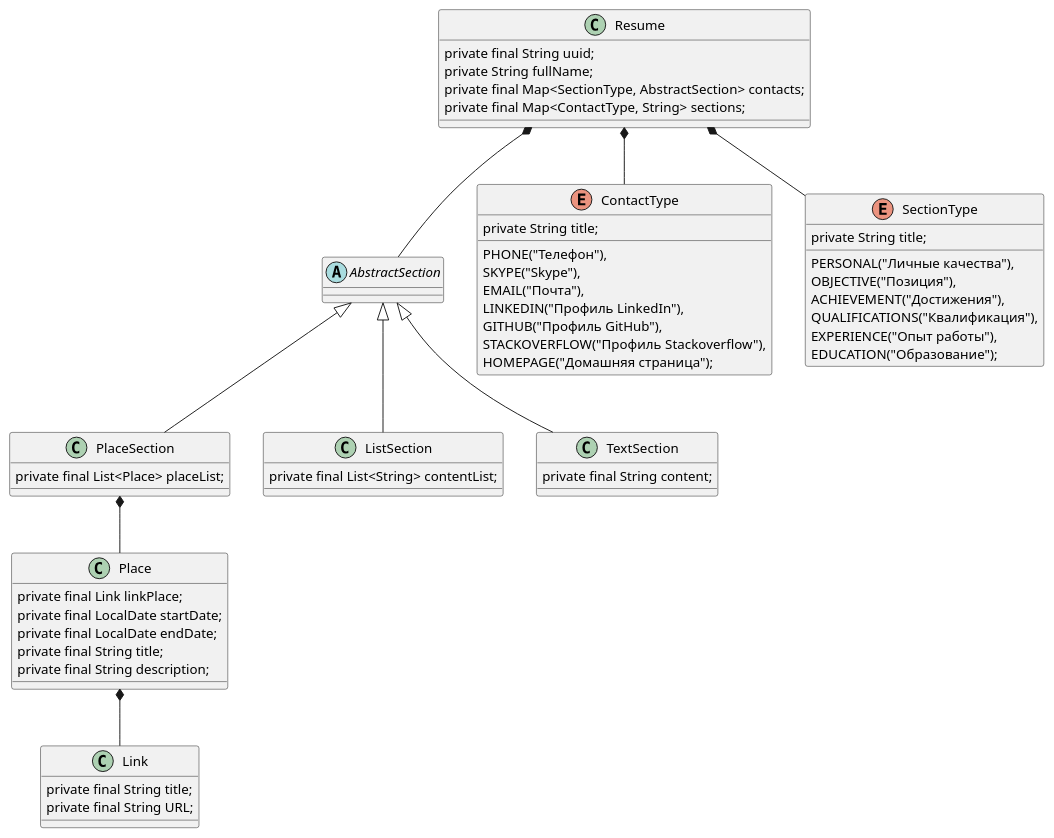
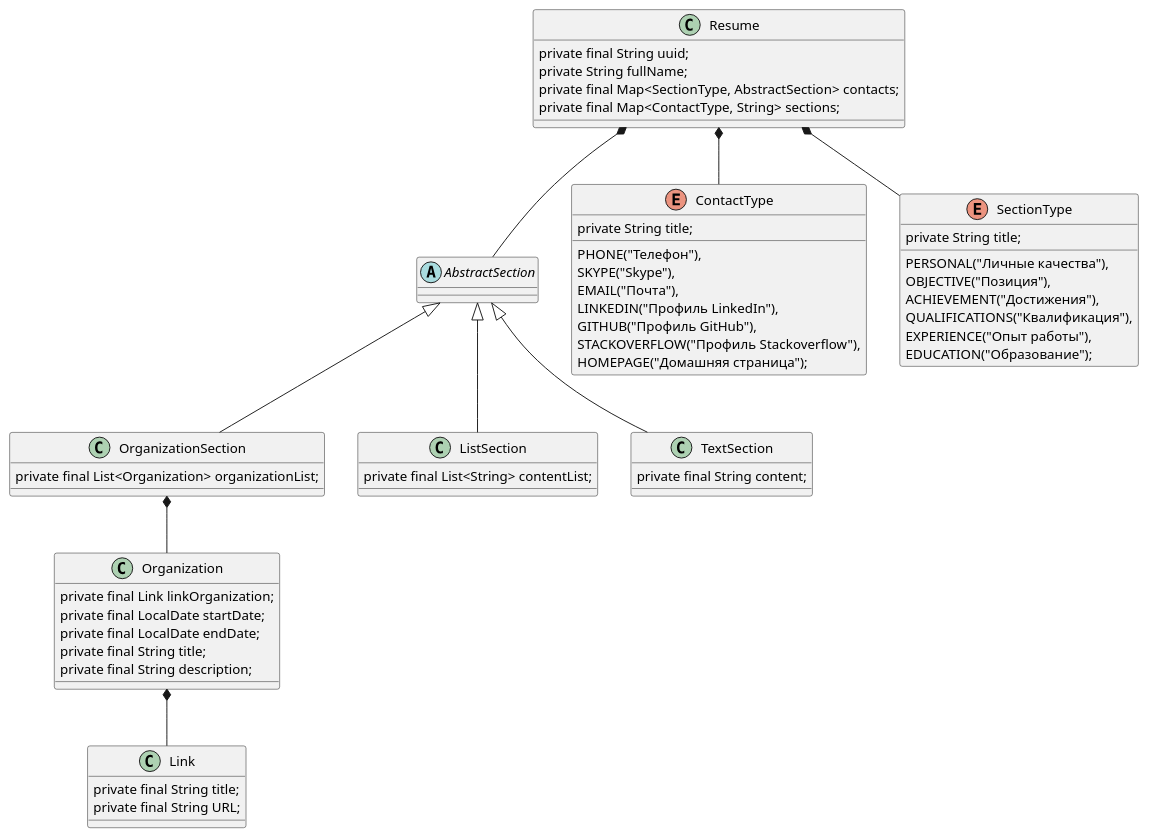
One commit to kssadomtsev/basejava changed the diagram in src/com/mysite/webapp/model/Test.puml. Above: the diagram before and after it, drawn with PlantUML. The commit also changed 5 other files, not shown here.

```diff
--- a/src/com/mysite/webapp/model/Test.puml
+++ b/src/com/mysite/webapp/model/Test.puml
@@ -1,64 +1,64 @@
 @startuml
 
 abstract class AbstractSection {
 }
 
 class Link {
     private final String title;
     private final String URL;
 }
 
 enum ContactType {
     PHONE("Телефон"),
     SKYPE("Skype"),
     EMAIL("Почта"),
     LINKEDIN("Профиль LinkedIn"),
     GITHUB("Профиль GitHub"),
     STACKOVERFLOW("Профиль Stackoverflow"),
     HOMEPAGE("Домашняя страница");
 
     private String title;
 }
 
 enum SectionType {
     PERSONAL("Личные качества"),
     OBJECTIVE("Позиция"),
     ACHIEVEMENT("Достижения"),
     QUALIFICATIONS("Квалификация"),
     EXPERIENCE("Опыт работы"),
     EDUCATION("Образование");
 
     private String title;
 }
 
-class Place {
-    private final Link linkPlace;
+class Organization {
+    private final Link linkOrganization;
     private final LocalDate startDate;
     private final LocalDate endDate;
     private final String title;
     private final String description;
     }
 
- class PlaceSection extends AbstractSection {
-        private final List<Place> placeList;
+ class OrganizationSection extends AbstractSection {
+        private final List<Organization> organizationList;
   }
 
   class Resume {
       private final String uuid;
       private String fullName;
       private final Map<SectionType, AbstractSection> contacts;
       private final Map<ContactType, String> sections;
       }
 
   class ListSection extends AbstractSection {
       private final List<String> contentList;
       }
  class TextSection extends AbstractSection {
           private final String content;
           }
  Resume *-- AbstractSection
  Resume *-- SectionType
  Resume *-- ContactType
- PlaceSection *-- Place
- Place *-- Link
+ OrganizationSection *-- Organization
+ Organization *-- Link
 @enduml
```
